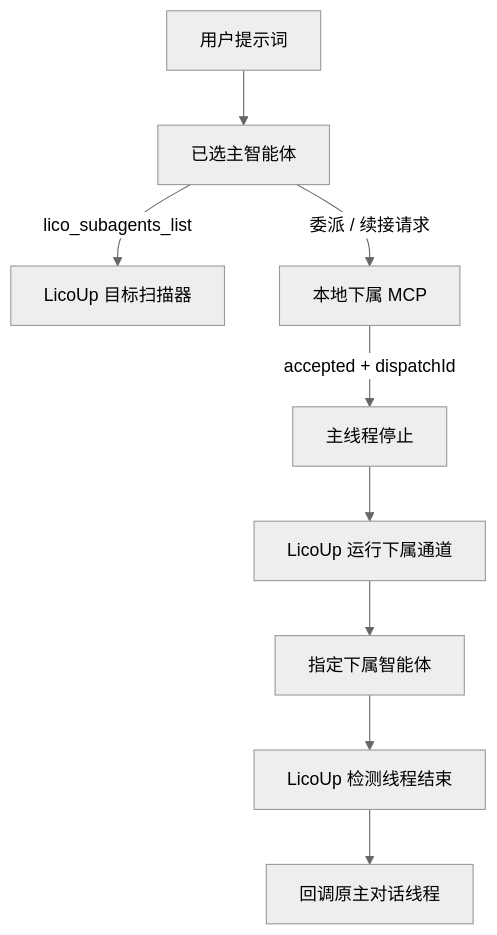
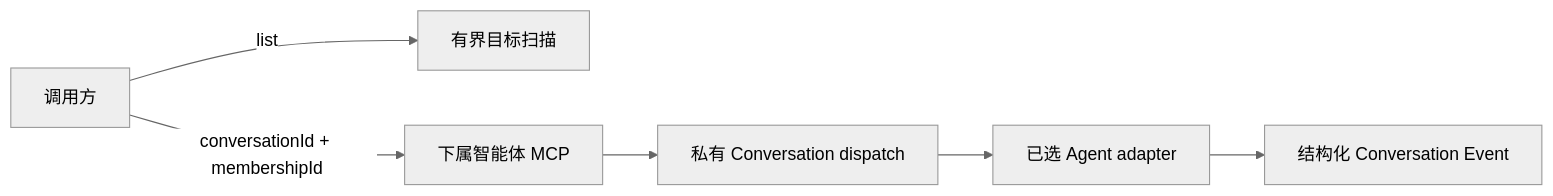
The diagram in docs/protocols/subagent-mcp.zh-CN.md (LicoLand/LicoUp), drawn with Mermaid (neutral theme) before and after one commit. The commit also changed other lines of this file and 132 other files, not shown here.

````diff
--- a/docs/protocols/subagent-mcp.zh-CN.md
+++ b/docs/protocols/subagent-mcp.zh-CN.md
@@ -26,11 +14,8 @@
 ```mermaid
-flowchart TD
-  U["用户提示词"] --> M["已选主智能体"]
-  M -->|"lico_subagents_list"| S["LicoUp 目标扫描器"]
-  M -->|"委派 / 续接请求"| P["本地下属 MCP"]
-  P -->|"accepted + dispatchId"| Stop["主线程停止"]
-  Stop --> L["LicoUp 运行下属通道"]
-  L --> C["指定下属智能体"]
-  C --> Detect["LicoUp 检测线程结束"]
-  Detect --> Resume["回调原主对话线程"]
+flowchart LR
+  C["调用方"] -->|"list"| S["有界目标扫描"]
+  C -->|"conversationId + membershipId"| M["下属智能体 MCP"]
+  M --> D["私有 Conversation dispatch"]
+  D --> A["已选 Agent adapter"]
+  A --> E["结构化 Conversation Event"]
 ```
````
